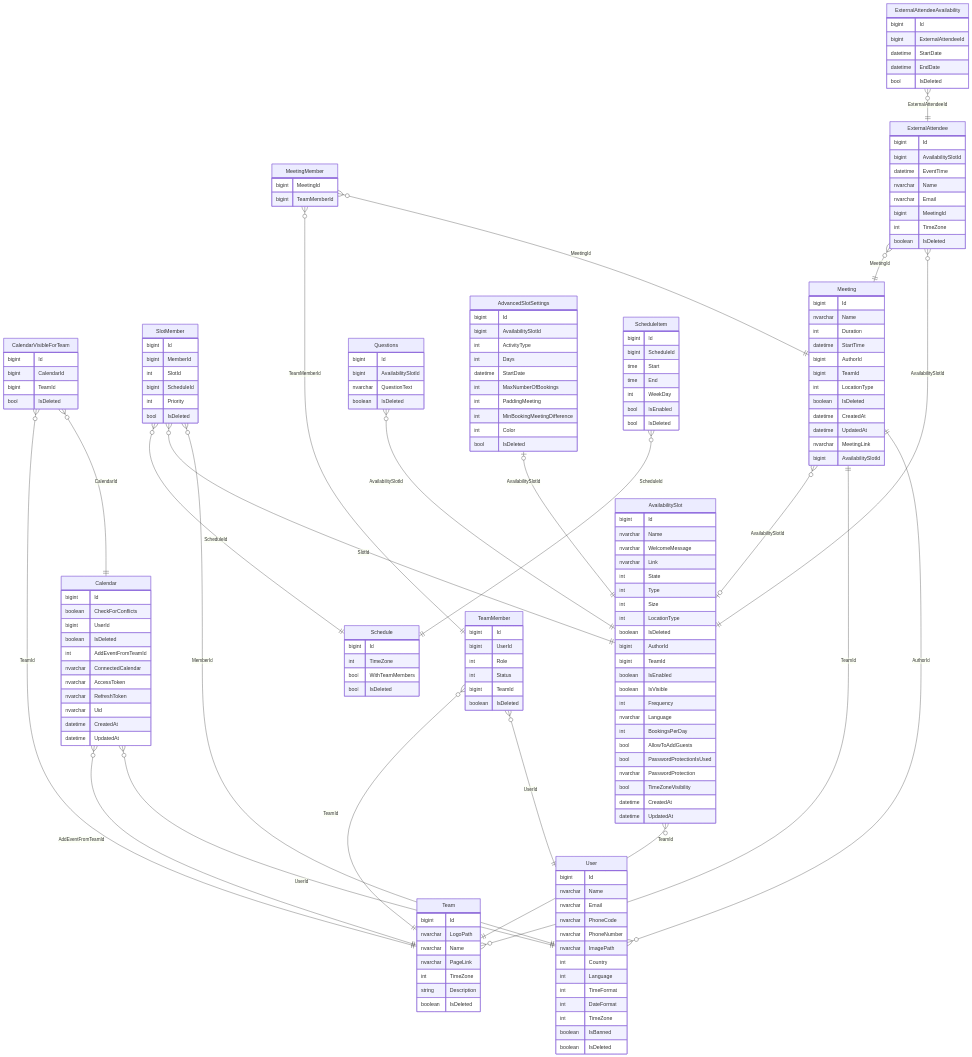
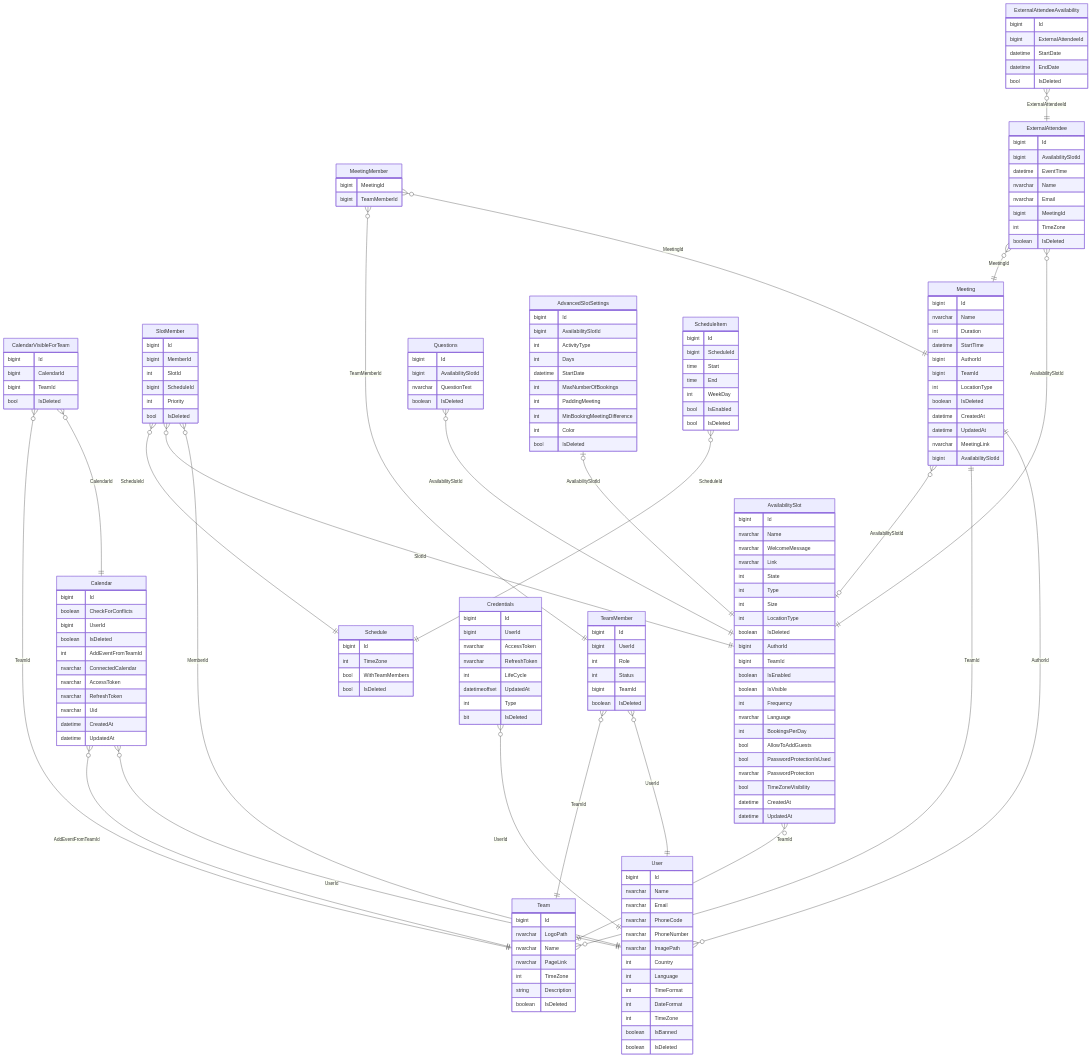
The diagram in README.md (BinaryStudioAcademy/bsa-2022-easymeets), drawn with Mermaid before and after one commit.

Commit message:
Readme updated to represent db changes

````diff
--- a/README.md
+++ b/README.md
@@ -226,4 +226,16 @@
     bool IsEnabled
     bool IsDeleted
   }
+
+  Credentials }o--|| User : UserId
+  Credentials{
+    bigint Id
+    bigint UserId
+    nvarchar AccessToken
+    nvarchar RefreshToken
+    int LifeCycle
+    datetimeoffset UpdatedAt
+    int Type
+    bit IsDeleted
+  }
 ```
````
